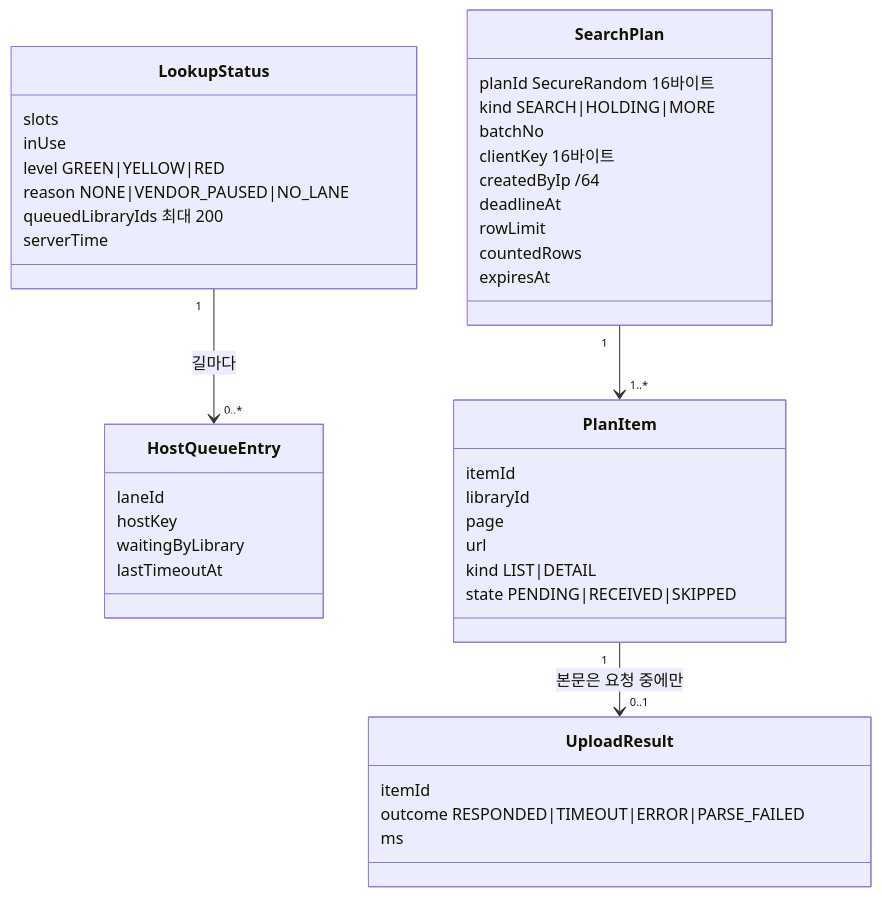
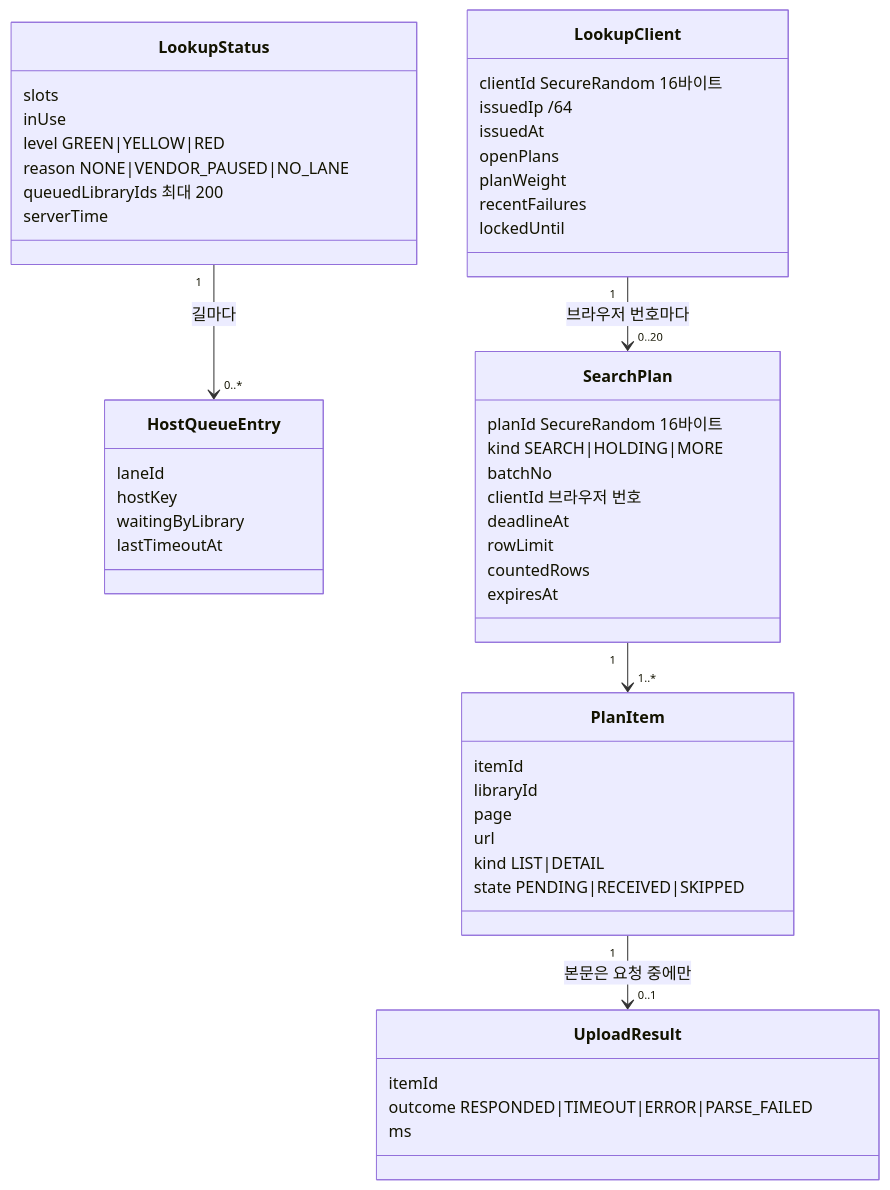
Before and after one commit to hodu-sketch/chaekcheck-plan: the fifth of 6 diagrams in docs/cycles/20-lookup-status-and-extension/design-delta.md, drawn with Mermaid. The commit also changed other lines of this file and 5 other files, not shown here.

````diff
--- a/docs/cycles/20-lookup-status-and-extension/design-delta.md
+++ b/docs/cycles/20-lookup-status-and-extension/design-delta.md
@@ -130,44 +137,53 @@
 ```mermaid
 classDiagram
   class LookupStatus {
     slots
     inUse
     level GREEN|YELLOW|RED
     reason NONE|VENDOR_PAUSED|NO_LANE
     queuedLibraryIds 최대 200
     serverTime
   }
   class HostQueueEntry {
     laneId
     hostKey
     waitingByLibrary
     lastTimeoutAt
   }
   class SearchPlan {
     planId SecureRandom 16바이트
     kind SEARCH|HOLDING|MORE
     batchNo
-    clientKey 16바이트
-    createdByIp /64
+    clientId 브라우저 번호
     deadlineAt
     rowLimit
     countedRows
     expiresAt
   }
   class PlanItem {
     itemId
     libraryId
     page
     url
     kind LIST|DETAIL
     state PENDING|RECEIVED|SKIPPED
   }
   class UploadResult {
     itemId
     outcome RESPONDED|TIMEOUT|ERROR|PARSE_FAILED
     ms
   }
+  class LookupClient {
+    clientId SecureRandom 16바이트
+    issuedIp /64
+    issuedAt
+    openPlans
+    planWeight
+    recentFailures
+    lockedUntil
+  }
   LookupStatus "1" --> "0..*" HostQueueEntry : 길마다
+  LookupClient "1" --> "0..20" SearchPlan : 브라우저 번호마다
   SearchPlan "1" --> "1..*" PlanItem
   PlanItem "1" --> "0..1" UploadResult : 본문은 요청 중에만
 ```
````
